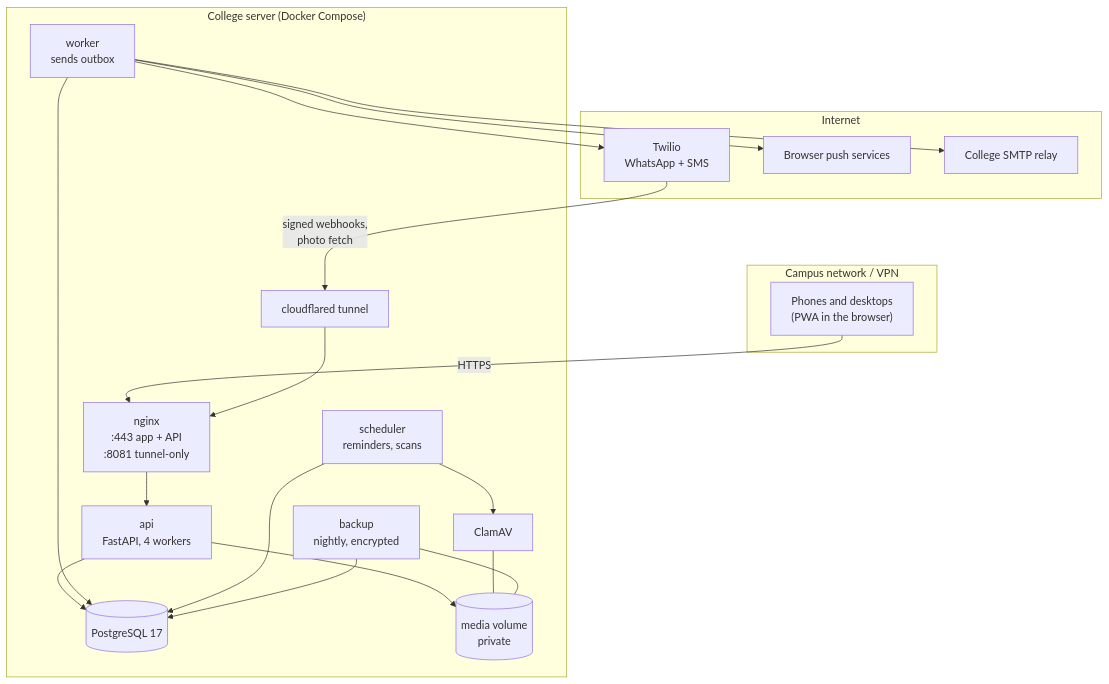
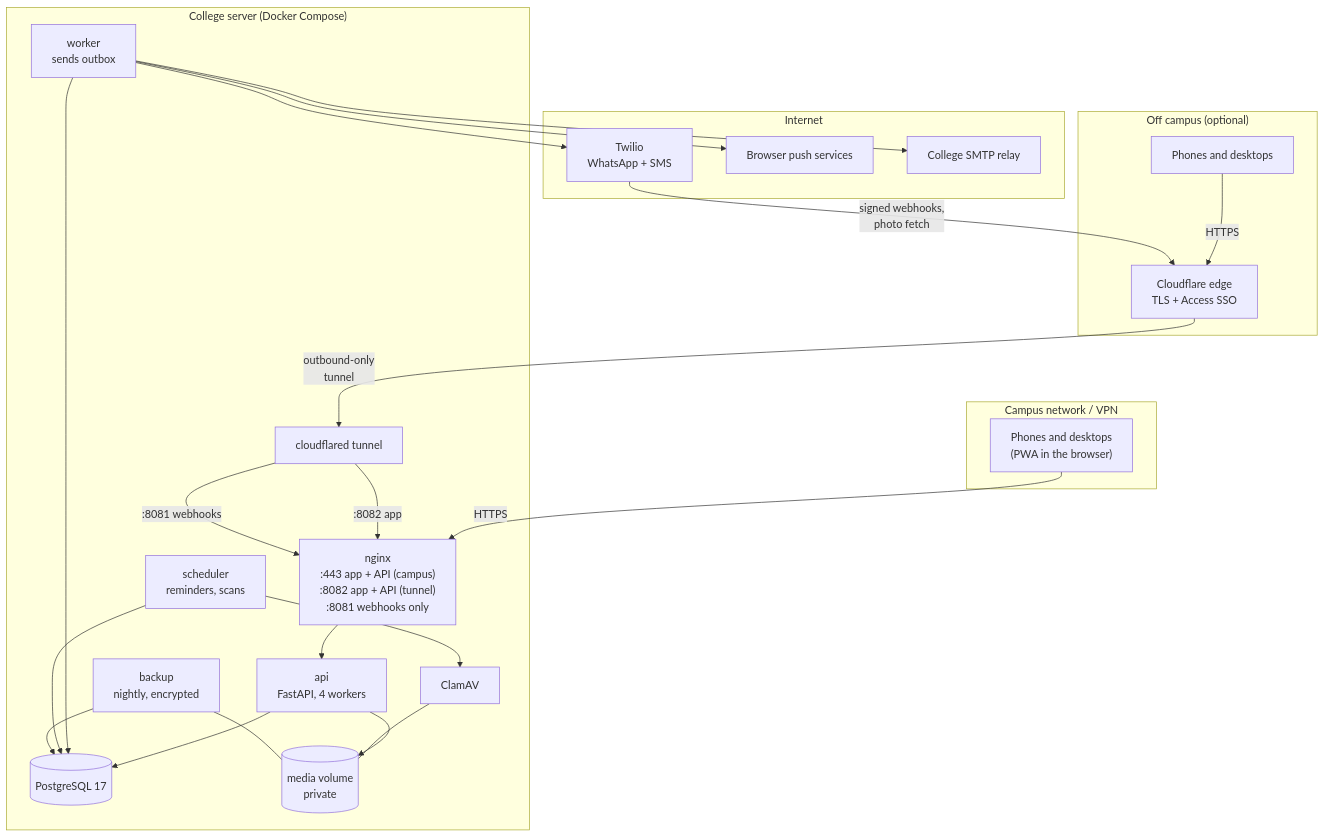
The first of 5 diagrams in docs/ARCHITECTURE.md (OSSC-DBIT/pcms), drawn with Mermaid before and after one commit. The commit also changed other lines of this file and 5 other files, not shown here.

````diff
--- a/docs/ARCHITECTURE.md
+++ b/docs/ARCHITECTURE.md
@@ -5,36 +5,43 @@
 ```mermaid
 flowchart TB
     subgraph Campus["Campus network / VPN"]
         U["Phones and desktops<br/>(PWA in the browser)"]
     end
+    subgraph Remote["Off campus (optional)"]
+        RU["Phones and desktops"]
+        CF["Cloudflare edge<br/>TLS + Access SSO"]
+    end
     subgraph Host["College server (Docker Compose)"]
-        N["nginx<br/>:443 app + API<br/>:8081 tunnel-only"]
+        N["nginx<br/>:443 app + API (campus)<br/>:8082 app + API (tunnel)<br/>:8081 webhooks only"]
         A["api<br/>FastAPI, 4 workers"]
         W["worker<br/>sends outbox"]
         S["scheduler<br/>reminders, scans"]
         DB[("PostgreSQL 17")]
         MV[("media volume<br/>private")]
         C["ClamAV"]
         B["backup<br/>nightly, encrypted"]
         T["cloudflared tunnel"]
     end
     subgraph Internet
         TW["Twilio<br/>WhatsApp + SMS"]
         PS["Browser push services"]
         SM["College SMTP relay"]
     end
     U -- HTTPS --> N
+    RU -- HTTPS --> CF -- "outbound-only<br/>tunnel" --> T
+    T -- ":8082 app" --> N
     N --> A
     A --> DB
     A --> MV
     W --> DB
     S --> DB
     S --> C
     C --- MV
     W --> TW
     W --> PS
     W --> SM
-    TW -- "signed webhooks,<br/>photo fetch" --> T --> N
+    TW -- "signed webhooks,<br/>photo fetch" --> CF
+    T -- ":8081 webhooks" --> N
     B --> DB
     B --- MV
 ```
````
